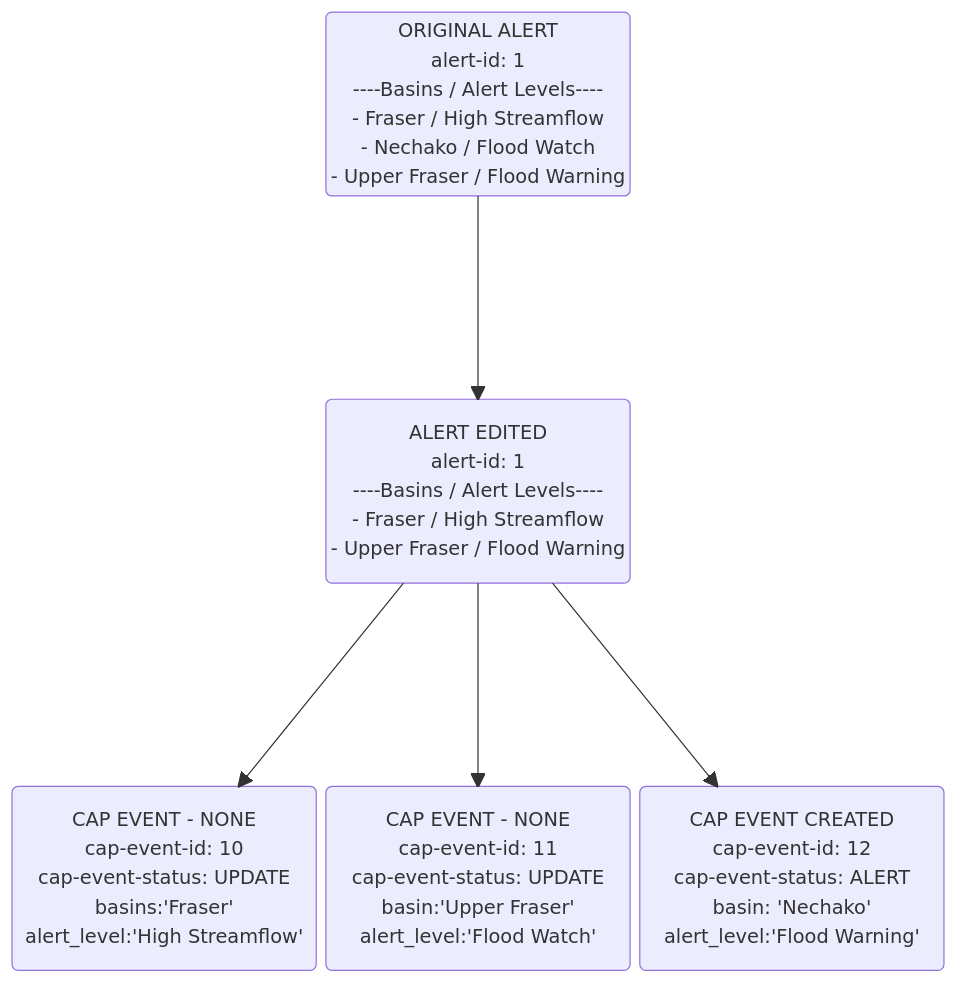
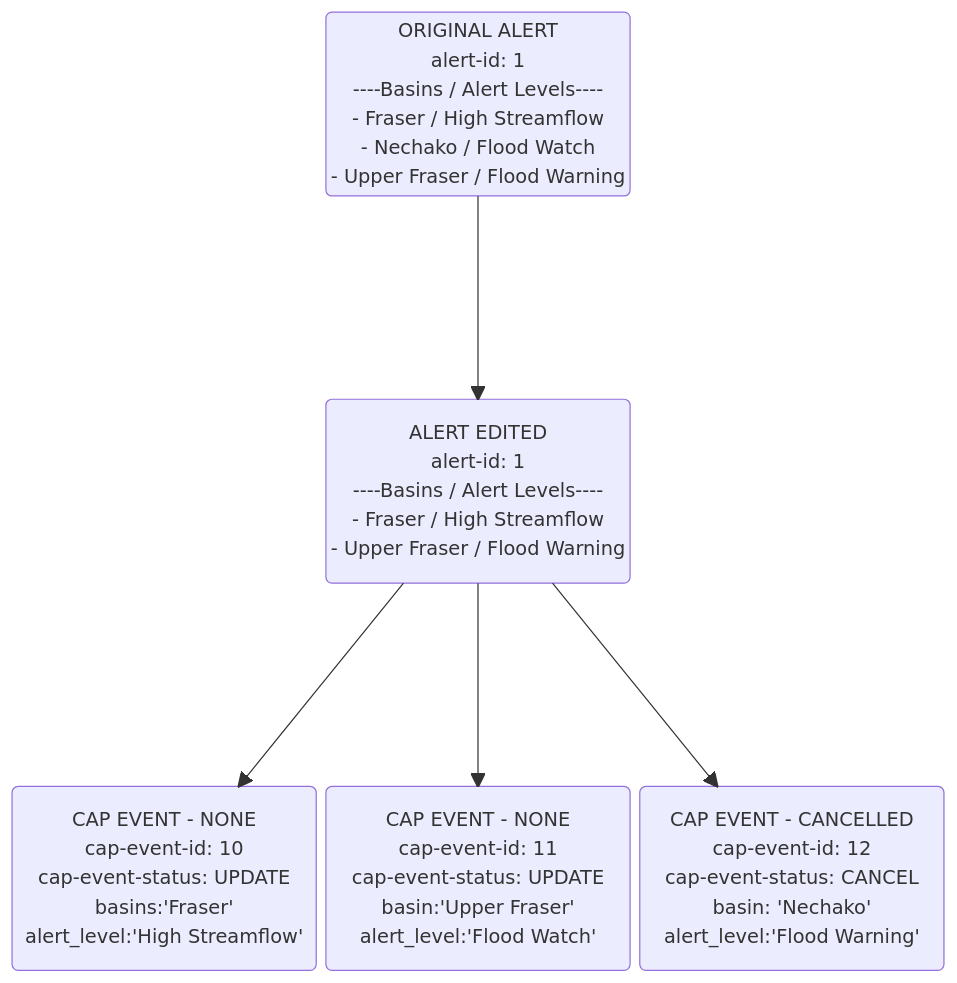
One commit to bcgov/nr-rfc-alertauthoring changed the sixth of 6 diagrams in docs/backend-planning/data_flow.md. Above: the diagram before and after it, drawn with Mermaid. The commit also changed other lines of this file, not shown here.

````diff
--- a/docs/backend-planning/data_flow.md
+++ b/docs/backend-planning/data_flow.md
@@ -128,19 +126,19 @@
 ```mermaid
 block-beta
   columns 3
   space
   original_alert("ORIGINAL ALERT\nalert-id: 1\n----Basins / Alert Levels----\n- Fraser / High Streamflow\n- Nechako / Flood Watch\n- Upper Fraser / Flood Warning")
   space:5
   new_alert("ALERT EDITED\nalert-id: 1\n----Basins / Alert Levels----\n- Fraser / High Streamflow\n- Upper Fraser / Flood Warning")
   space
   space:3
   cap_event_1("CAP EVENT - NONE\ncap-event-id: 10\ncap-event-status: UPDATE\nbasins:'Fraser'\nalert_level:'High Streamflow'")
   cap_event_2("CAP EVENT - NONE\ncap-event-id: 11\ncap-event-status: UPDATE\nbasin:'Upper Fraser'\nalert_level:'Flood Watch'")
-  cap_event_3("CAP EVENT CREATED\ncap-event-id: 12\ncap-event-status: ALERT\nbasin: 'Nechako'\nalert_level:'Flood Warning'")
+  cap_event_3("CAP EVENT - CANCELLED\ncap-event-id: 12\ncap-event-status: CANCEL\nbasin: 'Nechako'\nalert_level:'Flood Warning'")
 
   original_alert --> new_alert
   new_alert --> cap_event_1
   new_alert --> cap_event_2
   new_alert --> cap_event_3
 
 ```
````
